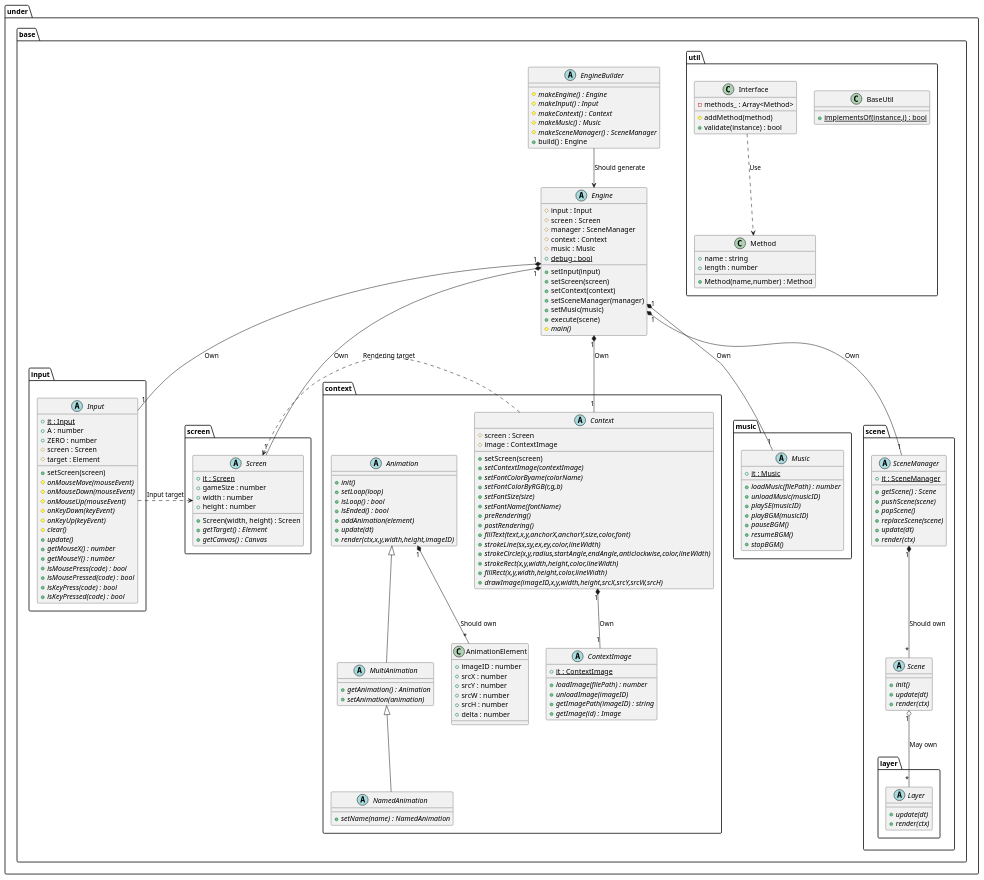
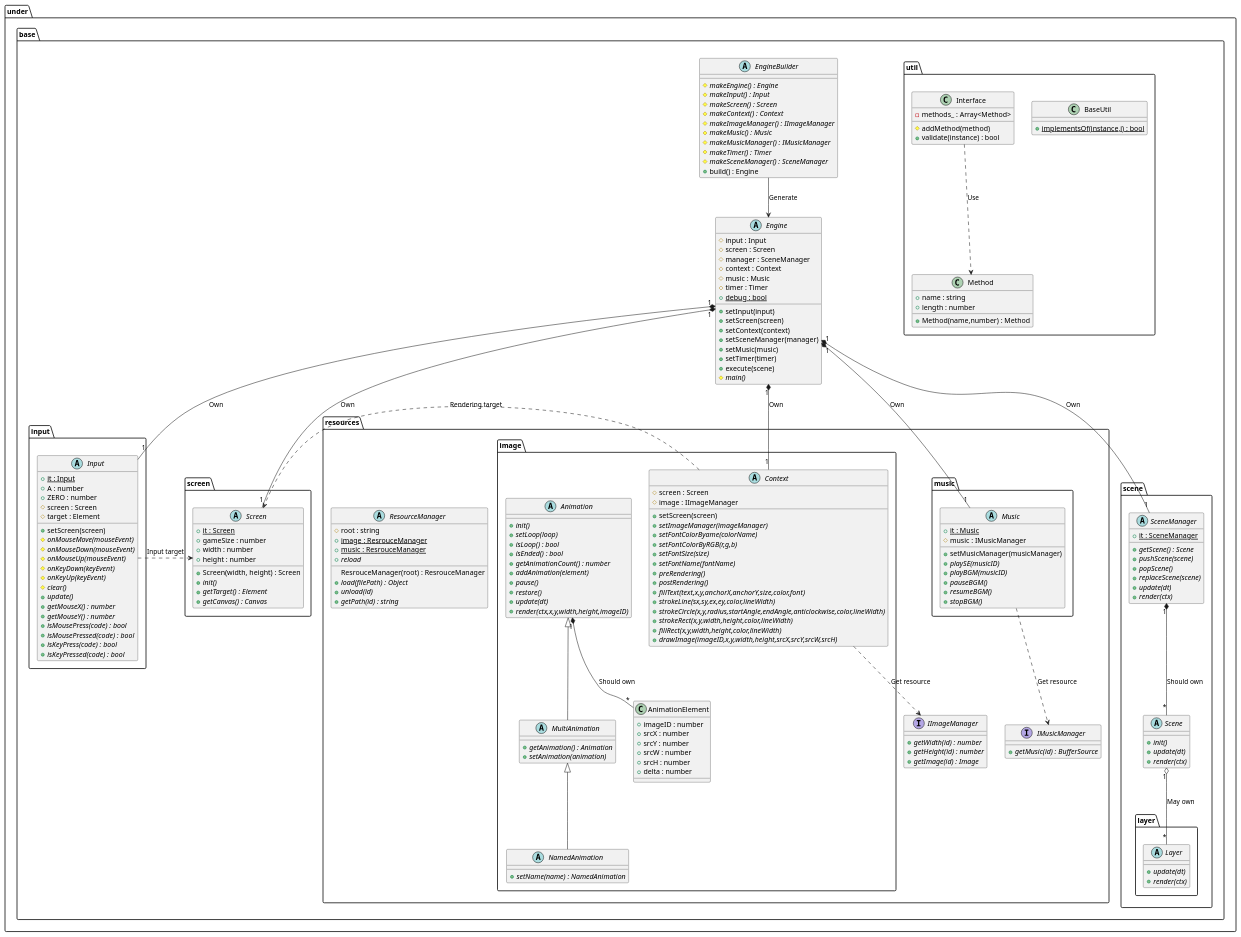
One commit to Expine/Under changed the diagram in uml/gamebase/Base.wsd. Above: the diagram before and after it, drawn with PlantUML. The commit also changed 55 other files, not shown here.

First line of the commit message:
Add resource manager and fix to manage resource

```diff
--- a/uml/gamebase/Base.wsd
+++ b/uml/gamebase/Base.wsd
@@ -5,8 +5,12 @@
         abstract EngineBuilder {
             {abstract} #makeEngine() : Engine
             {abstract} #makeInput() : Input
+            {abstract} #makeScreen() : Screen
             {abstract} #makeContext() : Context
+            {abstract} #makeImageManager() : IImageManager
             {abstract} #makeMusic() : Music
+            {abstract} #makeMusicManager() : IMusicManager
+            {abstract} #makeTimer() : Timer
             {abstract} #makeSceneManager() : SceneManager
             +build() : Engine
         }
@@ -16,11 +20,13 @@
             #manager : SceneManager
             #context : Context
             #music : Music
+            #timer : Timer
             +setInput(input)
             +setScreen(screen)
             +setContext(context)
             +setSceneManager(manager)
             +setMusic(music)
+            +setTimer(timer)
             +execute(scene)
             {static} +debug : bool
             {abstract} #main()
@@ -57,74 +63,92 @@
                 +gameSize : number
                 +width : number
                 +height : number
+                {abstract} +init()
                 {abstract} +getTarget() : Element
                 {abstract} +getCanvas() : Canvas
             }
         }
 
-        package music {
-            abstract Music {
-                {static} +it : Music /' Singleton '/
-                {abstract} +loadMusic(filePath) : number
-                {abstract} +unloadMusic(musicID)
-                {abstract} +playSE(musicID)
-                {abstract} +playBGM(musicID)
-                {abstract} +pauseBGM()
-                {abstract} +resumeBGM()
-                {abstract} +stopBGM()
+        package resources {
+            abstract ResourceManager {
+                ResrouceManager(root) : ResrouceManager
+                #root : string
+                {static} +image : ResrouceManager
+                {static} +music : ResrouceManager
+                {abstract} +load(filePath) : Object
+                {abstract} +unload(id)
+                {abstract} +reload
+                {abstract} +getPath(id) : string
             }
-        }
-
-        package context {
-            abstract Context {
-                #screen : Screen
-                #image : ContextImage
-                +setScreen(screen)
-                {abstract} +setContextImage(contextImage)
-                {abstract} +setFontColorByame(colorName)
-                {abstract} +setFontColorByRGB(r,g,b)
-                {abstract} +setFontSize(size)
-                {abstract} +setFontName(fontName)
-                {abstract} +preRendering()
-                {abstract} +postRendering()
-                {abstract} +fillText(text,x,y,anchorX,anchorY,size,color,font)
-                {abstract} +strokeLine(sx,sy,ex,ey,color,lineWidth)
-                {abstract} +strokeCircle(x,y,radius,startAngle,endAngle,anticlockwise,color,lineWidth)
-                {abstract} +strokeRect(x,y,width,height,color,lineWidth)
-                {abstract} +fillRect(x,y,width,height,color,lineWidth)
-                {abstract} +drawImage(imageID,x,y,width,height,srcX,srcY,srcW,srcH)
-            }
-            abstract ContextImage {
-                {static} +it : ContextImage /' Singleton '/
-                {abstract} +loadImage(filePath) : number
-                {abstract} +unloadImage(imageID)
-                {abstract} +getImagePath(imageID) : string
+            interface IImageManager {
+                {abstract} +getWidth(id) : number
+                {abstract} +getHeight(id) : number
                 {abstract} +getImage(id) : Image
             }
+            interface IMusicManager {
+                {abstract} +getMusic(id) : BufferSource
+            }
 
-            abstract Animation {
-                {abstract} +init()
-                {abstract} +setLoop(loop)
-                {abstract} +isLoop() : bool
-                {abstract} +isEnded() : bool
-                {abstract} +addAnimation(element)
-                {abstract} +update(dt)
-                {abstract} +render(ctx,x,y,width,height,imageID)
+            package music {
+                abstract Music {
+                    {static} +it : Music /' Singleton '/
+                    #music : IMusicManager
+                    +setMusicManager(musicManager)
+                    {abstract} +playSE(musicID)
+                    {abstract} +playBGM(musicID)
+                    {abstract} +pauseBGM()
+                    {abstract} +resumeBGM()
+                    {abstract} +stopBGM()
+                }
             }
-            abstract MultiAnimation {
-                {abstract} +getAnimation() : Animation
-                {abstract} +setAnimation(animation)
-            }
-            abstract NamedAnimation {
-                {abstract} +setName(name) : NamedAnimation
-            }
-            class AnimationElement {
-                +imageID : number
-                +srcX : number
-                +srcY : number
-                +srcW : number
-                +srcH : number
-                +delta : number
+
+            package image {
+                abstract Context {
+                    #screen : Screen
+                    #image : IImageManager
+                    +setScreen(screen)
+                    {abstract} +setImageManager(imageManager)
+                    {abstract} +setFontColorByame(colorName)
+                    {abstract} +setFontColorByRGB(r,g,b)
+                    {abstract} +setFontSize(size)
+                    {abstract} +setFontName(fontName)
+                    {abstract} +preRendering()
+                    {abstract} +postRendering()
+                    {abstract} +fillText(text,x,y,anchorX,anchorY,size,color,font)
+                    {abstract} +strokeLine(sx,sy,ex,ey,color,lineWidth)
+                    {abstract} +strokeCircle(x,y,radius,startAngle,endAngle,anticlockwise,color,lineWidth)
+                    {abstract} +strokeRect(x,y,width,height,color,lineWidth)
+                    {abstract} +fillRect(x,y,width,height,color,lineWidth)
+                    {abstract} +drawImage(imageID,x,y,width,height,srcX,srcY,srcW,srcH)
+                }
+
+                abstract Animation {
+                    {abstract} +init()
+                    {abstract} +setLoop(loop)
+                    {abstract} +isLoop() : bool
+                    {abstract} +isEnded() : bool
+                    {abstract} +getAnimationCount() : number
+                    {abstract} +addAnimation(element)
+                    {abstract} +pause()
+                    {abstract} +restore()
+                    {abstract} +update(dt)
+                    {abstract} +render(ctx,x,y,width,height,imageID)
+                }
+                abstract MultiAnimation {
+                    {abstract} +getAnimation() : Animation
+                    {abstract} +setAnimation(animation)
+                }
+                abstract NamedAnimation {
+                    {abstract} +setName(name) : NamedAnimation
+                }
+                class AnimationElement {
+                    +imageID : number
+                    +srcX : number
+                    +srcY : number
+                    +srcW : number
+                    +srcH : number
+                    +delta : number
+                }
             }
         }
 
@@ -170,7 +194,7 @@
     }
 }
 
-EngineBuilder --> Engine : Should generate
+EngineBuilder --> Engine : Generate
 Engine "1"*-- "1" Screen : Own
 Engine "1"*-- "1" Input : Own
 Engine "1"*-- "1" SceneManager : Own
@@ -180,9 +204,11 @@
 Input .> Screen : Input target
 Context .> Screen : Rendering target
 
+Context ..> IImageManager : Get resource
+Music ..> IMusicManager : Get resource
+
 SceneManager "1"*--"*" Scene : Should own
 Scene "1" o--"*" Layer : May own
-Context "1"*--"1" ContextImage : Own
 
 Animation "1"*--"*"AnimationElement : Should own
 
```
